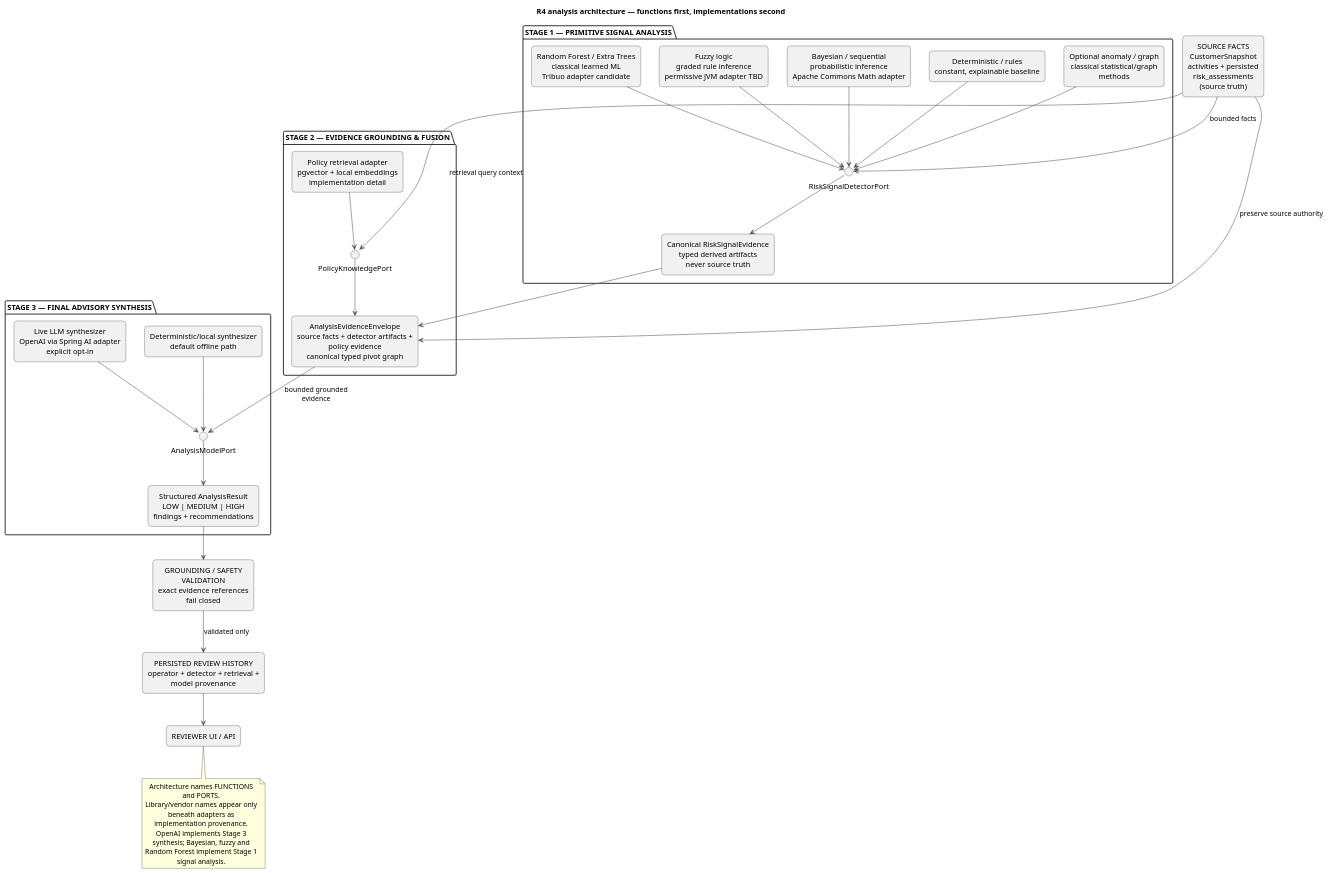
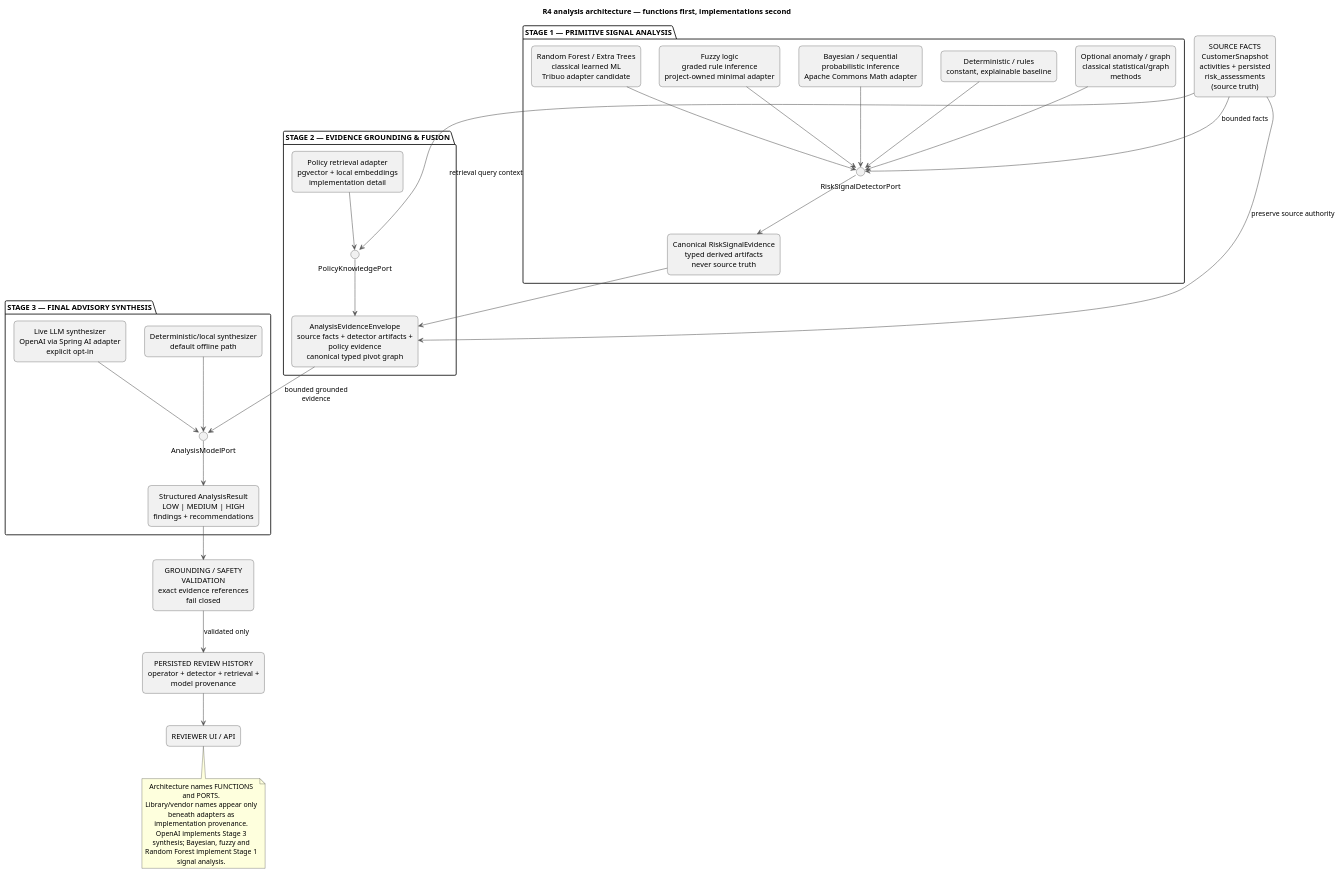
Before and after one commit to jdoe-dev-159753/specgraph-reference-app: the diagram in docs/assignment/SDD/diagrams/analysis-functional-stages.puml, drawn with PlantUML.

Commit message:
docs: reconcile fuzzy functional-stage design

```diff
--- a/docs/assignment/SDD/diagrams/analysis-functional-stages.puml
+++ b/docs/assignment/SDD/diagrams/analysis-functional-stages.puml
@@ -1,71 +1,71 @@
 @startuml
 skinparam shadowing false
 skinparam componentStyle rectangle
 skinparam defaultTextAlignment center
 skinparam wrapWidth 220
 skinparam maxMessageSize 160
 skinparam ArrowColor #555555
 skinparam rectangle {
   RoundCorner 12
 }
 
 title R4 analysis architecture — functions first, implementations second
 
 rectangle "SOURCE FACTS\nCustomerSnapshot\nactivities + persisted risk_assessments\n(source truth)" as source
 
 package "STAGE 1 — PRIMITIVE SIGNAL ANALYSIS" as stage1 {
   interface "RiskSignalDetectorPort" as detectorPort
   rectangle "Deterministic / rules\nconstant, explainable baseline" as rules
   rectangle "Bayesian / sequential\nprobabilistic inference\nApache Commons Math adapter" as bayes
-  rectangle "Fuzzy logic\ngraded rule inference\npermissive JVM adapter TBD" as fuzzy
+  rectangle "Fuzzy logic\ngraded rule inference\nproject-owned minimal adapter" as fuzzy
   rectangle "Random Forest / Extra Trees\nclassical learned ML\nTribuo adapter candidate" as forest
   rectangle "Optional anomaly / graph\nclassical statistical/graph methods" as anomaly
   rectangle "Canonical RiskSignalEvidence\ntyped derived artifacts\nnever source truth" as signals
 
   rules --> detectorPort
   bayes --> detectorPort
   fuzzy --> detectorPort
   forest --> detectorPort
   anomaly --> detectorPort
   detectorPort --> signals
 }
 
 package "STAGE 2 — EVIDENCE GROUNDING & FUSION" as stage2 {
   interface "PolicyKnowledgePort" as policyPort
   rectangle "Policy retrieval adapter\npgvector + local embeddings\nimplementation detail" as retrieval
   rectangle "AnalysisEvidenceEnvelope\nsource facts + detector artifacts + policy evidence\ncanonical typed pivot graph" as envelope
 
   retrieval --> policyPort
   policyPort --> envelope
 }
 
 package "STAGE 3 — FINAL ADVISORY SYNTHESIS" as stage3 {
   interface "AnalysisModelPort" as modelPort
   rectangle "Deterministic/local synthesizer\ndefault offline path" as deterministicModel
   rectangle "Live LLM synthesizer\nOpenAI via Spring AI adapter\nexplicit opt-in" as openai
   rectangle "Structured AnalysisResult\nLOW | MEDIUM | HIGH\nfindings + recommendations" as result
 
   deterministicModel --> modelPort
   openai --> modelPort
   modelPort --> result
 }
 
 rectangle "GROUNDING / SAFETY VALIDATION\nexact evidence references\nfail closed" as validator
 rectangle "PERSISTED REVIEW HISTORY\noperator + detector + retrieval + model provenance" as history
 rectangle "REVIEWER UI / API" as reviewer
 
 source --> detectorPort : bounded facts
 source --> envelope : preserve source authority
 signals --> envelope
 source --> policyPort : retrieval query context
 envelope --> modelPort : bounded grounded evidence
 result --> validator
 validator --> history : validated only
 history --> reviewer
 
 note bottom
 Architecture names FUNCTIONS and PORTS.
 Library/vendor names appear only beneath adapters as implementation provenance.
 OpenAI implements Stage 3 synthesis; Bayesian, fuzzy and Random Forest implement Stage 1 signal analysis.
 end note
 @enduml
```
